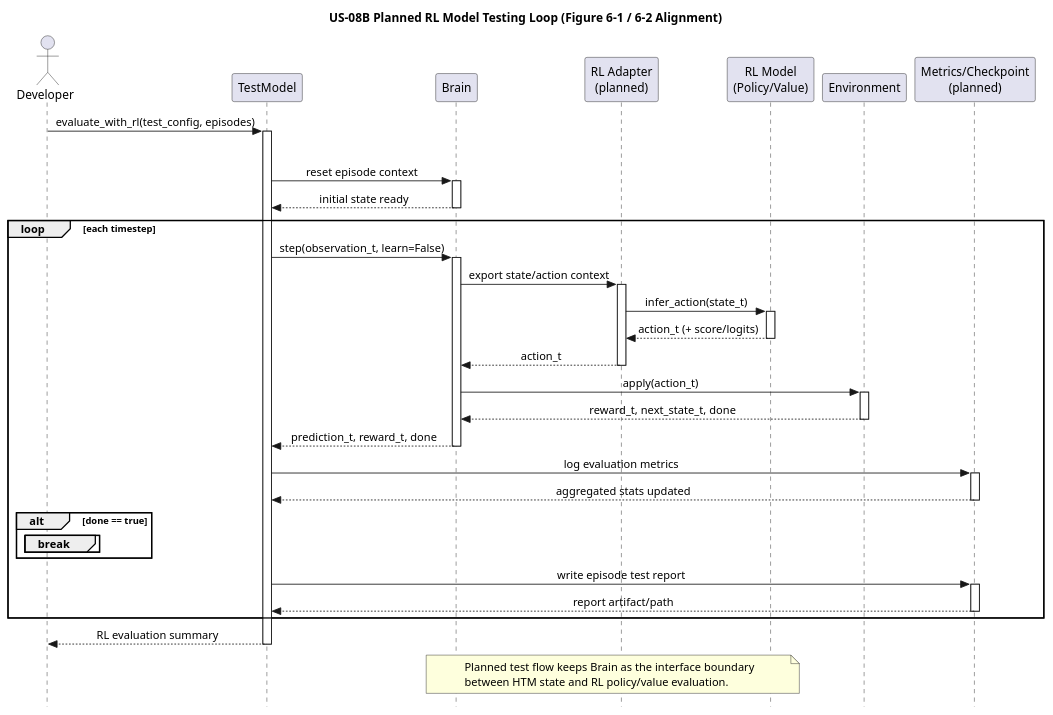
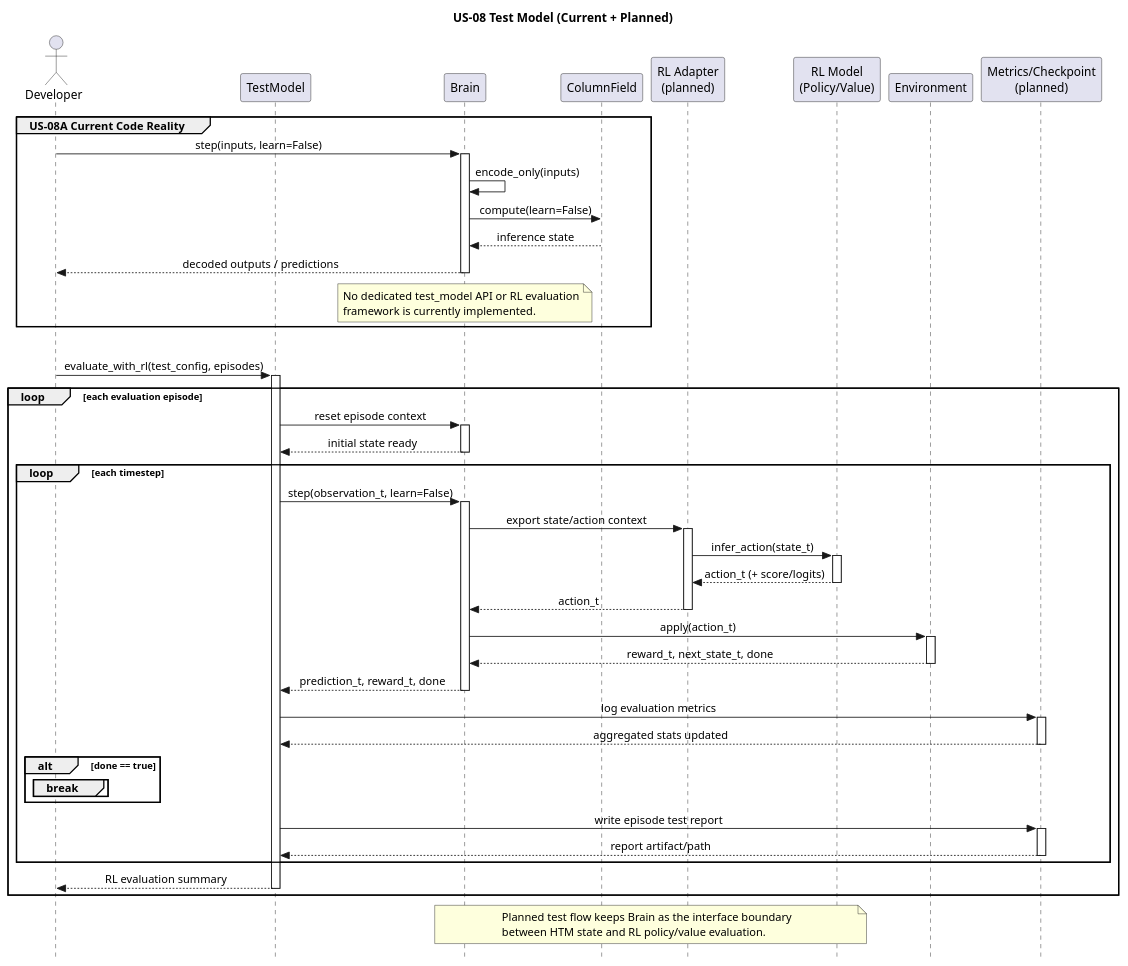
Before and after one commit to egrembocki/htmrl: the diagram in docs/puml/US/us-08.puml, drawn with PlantUML. The commit also changed other lines of this file and 4 other files, not shown here.

```diff
--- a/docs/puml/US/us-08.puml
+++ b/docs/puml/US/us-08.puml
@@ -26,68 +1,86 @@
 @startuml
 skinparam style strictuml
 skinparam sequenceMessageAlign center
 skinparam responseMessageBelowArrow true
 
-title US-08B Planned RL Model Testing Loop (Figure 6-1 / 6-2 Alignment)
+title US-08 Test Model (Current + Planned)
 
 actor Developer
 participant "TestModel" as TM
 participant "Brain" as BR
+participant "ColumnField" as CF
 participant "RL Adapter\n(planned)" as RLA
 participant "RL Model\n(Policy/Value)" as RLM
 participant "Environment" as ENV
 participant "Metrics/Checkpoint\n(planned)" as MC
 
-Developer -> TM: evaluate_with_rl(test_config, episodes)
-activate TM
-
-loop each evaluation episode
-  TM -> BR: reset episode context
+group US-08A Current Code Reality
+  Developer -> BR: step(inputs, learn=False)
   activate BR
-  BR --> TM: initial state ready
+  BR -> BR: encode_only(inputs)
+  BR -> CF: compute(learn=False)
+  CF --> BR: inference state
+  BR --> Developer: decoded outputs / predictions
   deactivate BR
 
-  loop each timestep
-    TM -> BR: step(observation_t, learn=False)
+  note over BR
+  No dedicated test_model API or RL evaluation
+  framework is currently implemented.
+  end note
+end
+
+group US-08B Planned RL Model Testing Loop (Figure 6-1 / 6-2 Alignment)
+  Developer -> TM: evaluate_with_rl(test_config, episodes)
+  activate TM
+
+  loop each evaluation episode
+    TM -> BR: reset episode context
     activate BR
-    BR -> RLA: export state/action context
-    activate RLA
-    RLA -> RLM: infer_action(state_t)
-    activate RLM
-    RLM --> RLA: action_t (+ score/logits)
-    deactivate RLM
-    RLA --> BR: action_t
-    deactivate RLA
-
-    BR -> ENV: apply(action_t)
-    activate ENV
-    ENV --> BR: reward_t, next_state_t, done
-    deactivate ENV
-
-    BR --> TM: prediction_t, reward_t, done
+    BR --> TM: initial state ready
     deactivate BR
 
-    TM -> MC: log evaluation metrics
+    loop each timestep
+      TM -> BR: step(observation_t, learn=False)
+      activate BR
+      BR -> RLA: export state/action context
+      activate RLA
+      RLA -> RLM: infer_action(state_t)
+      activate RLM
+      RLM --> RLA: action_t (+ score/logits)
+      deactivate RLM
+      RLA --> BR: action_t
+      deactivate RLA
+
+      BR -> ENV: apply(action_t)
+      activate ENV
+      ENV --> BR: reward_t, next_state_t, done
+      deactivate ENV
+
+      BR --> TM: prediction_t, reward_t, done
+      deactivate BR
+
+      TM -> MC: log evaluation metrics
+      activate MC
+      MC --> TM: aggregated stats updated
+      deactivate MC
+
+      alt done == true
+        break
+      end
+    end
+
+    TM -> MC: write episode test report
     activate MC
-    MC --> TM: aggregated stats updated
+    MC --> TM: report artifact/path
     deactivate MC
-
-    alt done == true
-      break
-    end
   end
 
-  TM -> MC: write episode test report
-  activate MC
-  MC --> TM: report artifact/path
-  deactivate MC
+  TM --> Developer: RL evaluation summary
+  deactivate TM
 end
-
-TM --> Developer: RL evaluation summary
-deactivate TM
 
 note over BR,RLM
 Planned test flow keeps Brain as the interface boundary
 between HTM state and RL policy/value evaluation.
 end note
 @enduml
```
